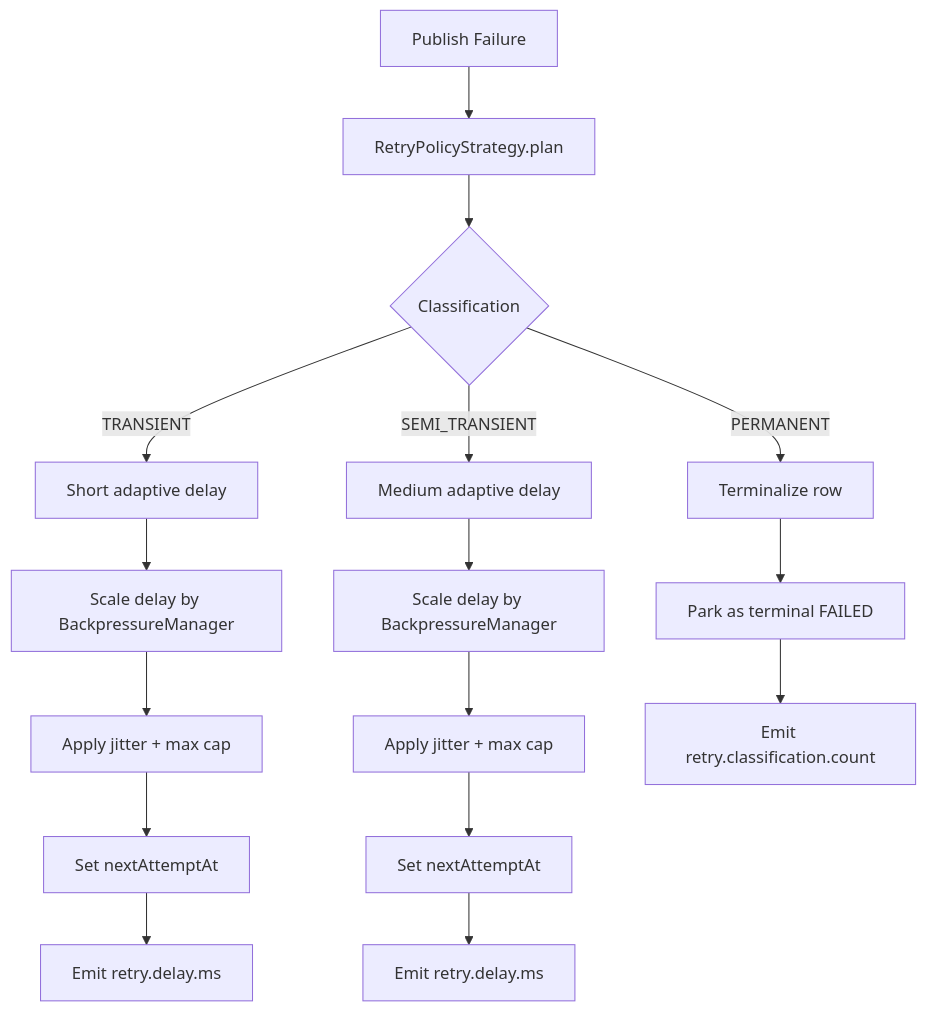
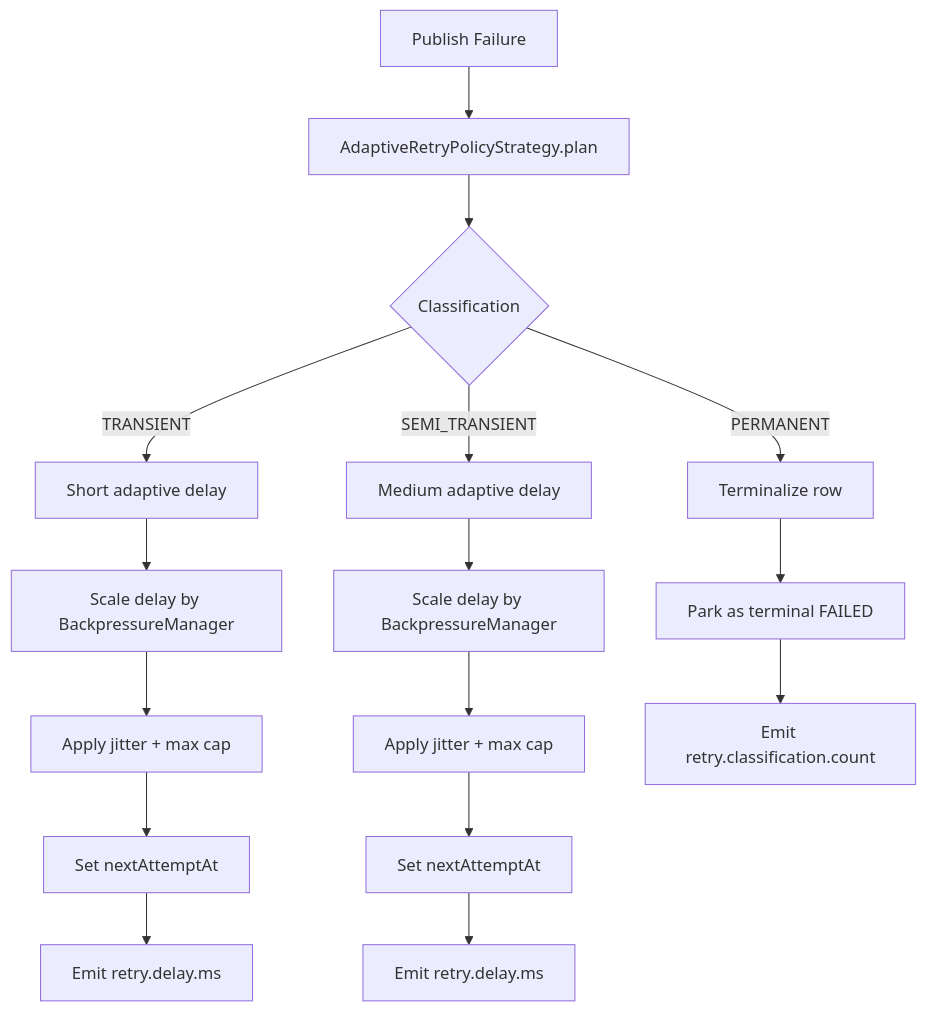
The fourth of 6 diagrams in docs/index.md (AbhinavT09/OrderProcessingSystem), drawn with Mermaid before and after one commit. The commit also changed other lines of this file and 23 other files, not shown here.

First line of the commit message:
Add architecture tests and enhance JPA repository coverage

````diff
--- a/docs/index.md
+++ b/docs/index.md
@@ -133,18 +145,18 @@
 ```mermaid
 flowchart TD
-    PF[Publish Failure] --> RP[RetryPolicyStrategy.plan]
+    PF[Publish Failure] --> RP[AdaptiveRetryPolicyStrategy.plan]
     RP --> CLS{Classification}
     CLS -->|TRANSIENT| TD1[Short adaptive delay]
     CLS -->|SEMI_TRANSIENT| TD2[Medium adaptive delay]
     CLS -->|PERMANENT| TD3[Terminalize row]
     TD1 --> BP1[Scale delay by BackpressureManager]
     TD2 --> BP2[Scale delay by BackpressureManager]
     BP1 --> JT1[Apply jitter + max cap]
     BP2 --> JT2[Apply jitter + max cap]
     JT1 --> NXT1[Set nextAttemptAt]
     JT2 --> NXT2[Set nextAttemptAt]
     TD3 --> NXT3[Park as terminal FAILED]
     NXT1 --> OBS1[Emit retry.delay.ms]
     NXT2 --> OBS2[Emit retry.delay.ms]
     NXT3 --> OBS3[Emit retry.classification.count]
 ```
````
